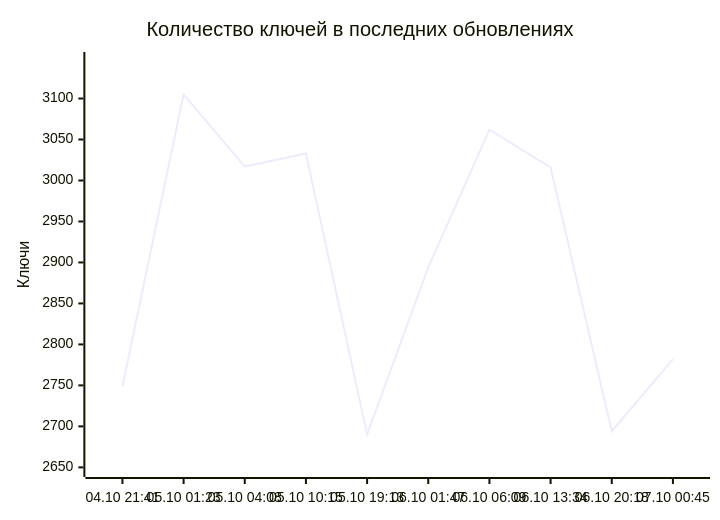
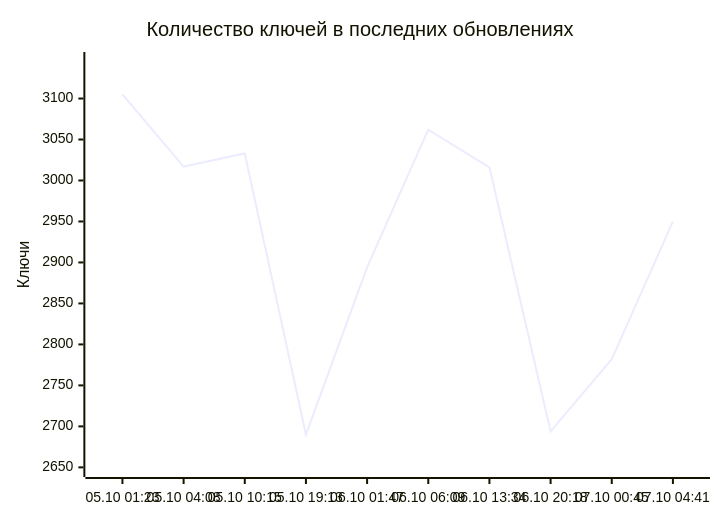
The diagram in README.md (markKikhtenko/WireVeil), drawn with Mermaid before and after one commit. The commit also changed other lines of this file and 12 other files, not shown here.

````diff
--- a/README.md
+++ b/README.md
@@ -55,7 +55,7 @@
 ```mermaid
 xychart-beta
     title "Количество ключей в последних обновлениях"
-    x-axis ["04.10 21:41", "05.10 01:23", "05.10 04:08", "05.10 10:15", "05.10 19:13", "06.10 01:47", "06.10 06:09", "06.10 13:34", "06.10 20:18", "07.10 00:45"]
+    x-axis ["05.10 01:23", "05.10 04:08", "05.10 10:15", "05.10 19:13", "06.10 01:47", "06.10 06:09", "06.10 13:34", "06.10 20:18", "07.10 00:45", "07.10 04:41"]
     y-axis "Ключи" 2648 --> 3147
-    line [2749, 3105, 3017, 3033, 2690, 2894, 3062, 3016, 2694, 2782]
+    line [3105, 3017, 3033, 2690, 2894, 3062, 3016, 2694, 2782, 2950]
 ```
````
